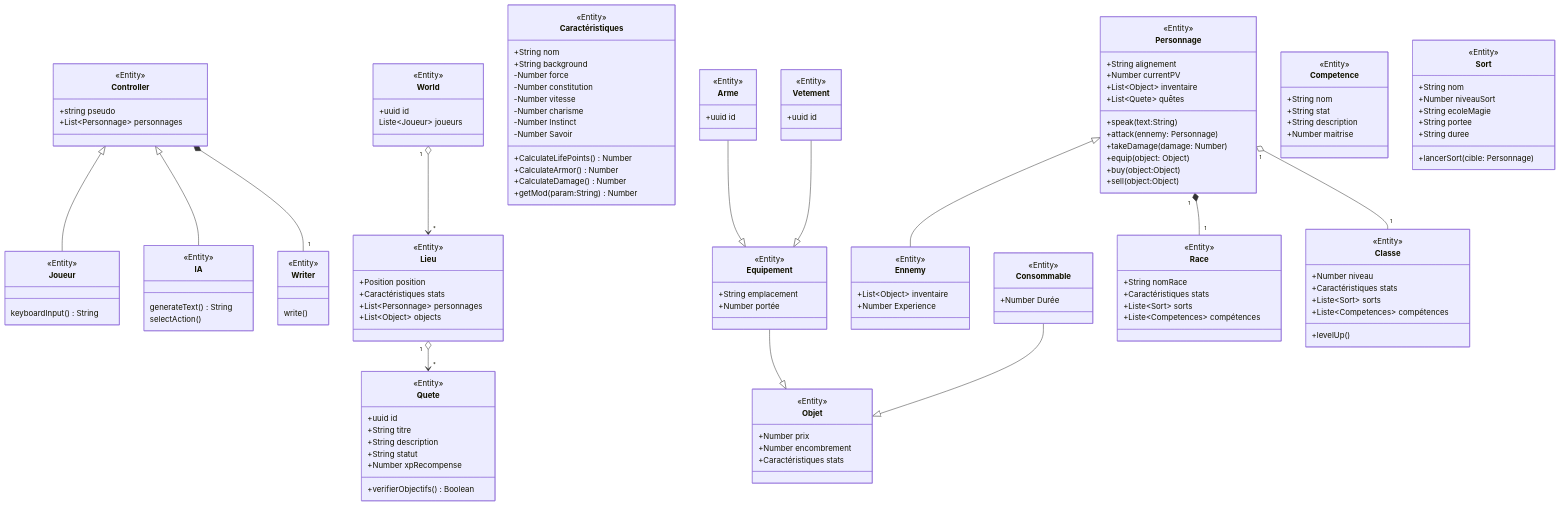
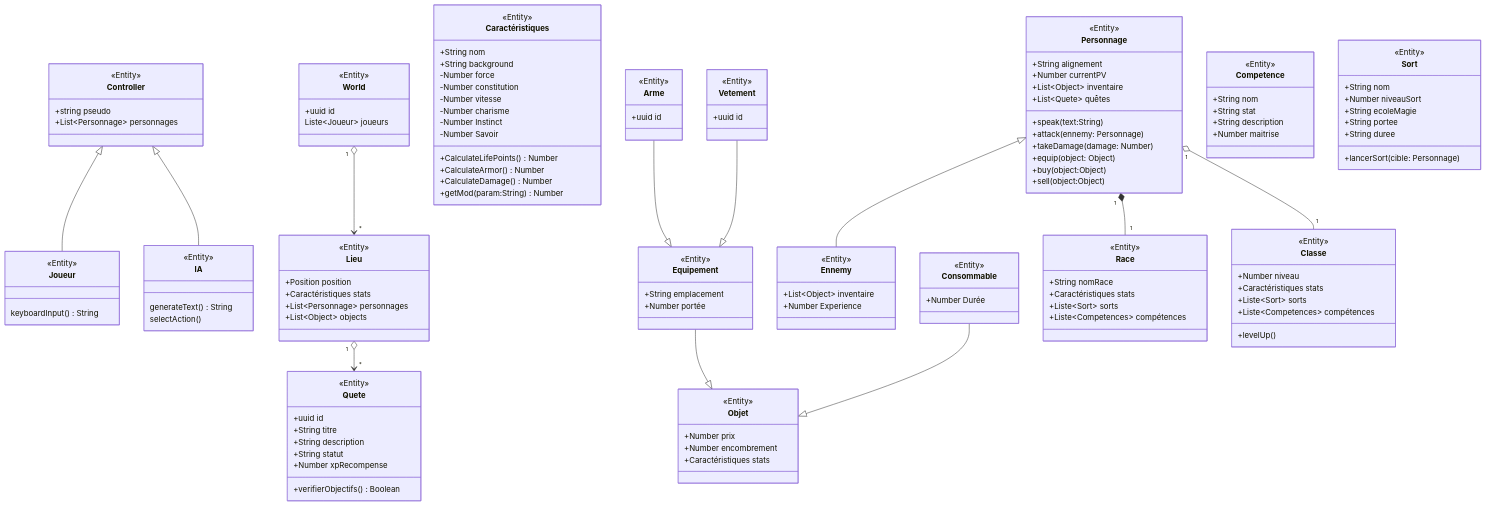
The second of 2 diagrams in README.md (fanama/dnd), drawn with Mermaid before and after one commit. The commit also changed other lines of this file and 22 other files, not shown here.

````diff
--- a/README.md
+++ b/README.md
@@ -142,4 +204,5 @@
 ```mermaid
+
 classDiagram
     class Controller {
         <<Entity>>
@@ -150,10 +213,7 @@
         <<Entity>>
         keyboardInput() String
     }
-    class Writer {
-        <<Entity>>
-        write()
-    }
+    
     class IA {
         <<Entity>>
         generateText() String
@@ -267,7 +327,6 @@
         +String duree
         +lancerSort(cible: Personnage)
     }
-    Controller *--"1" Writer
     Controller <|-- IA
     Controller <|-- Joueur
     Equipement --|> Objet
@@ -279,4 +338,6 @@
     Personnage <|-- Ennemy
     World "1"o-->"*" Lieu
     Lieu "1"o-->"*" Quete
+
+
 ```
````
